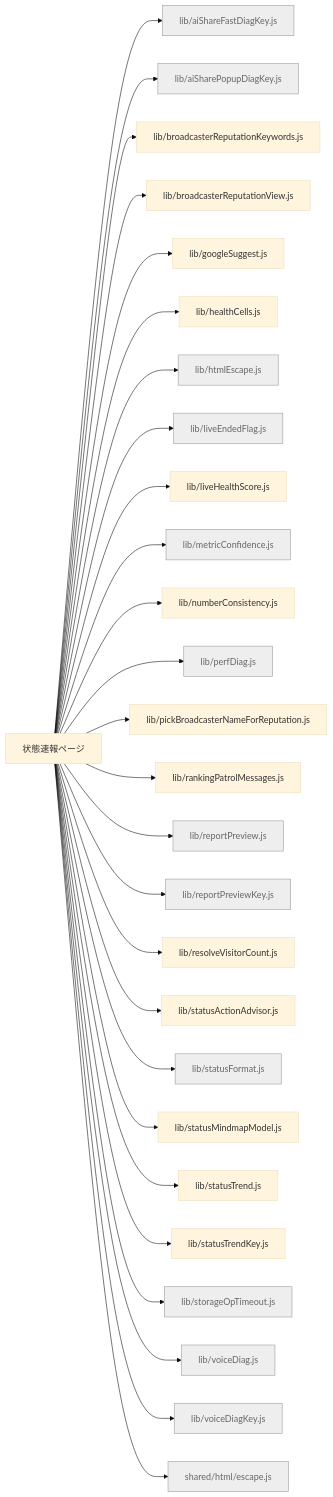
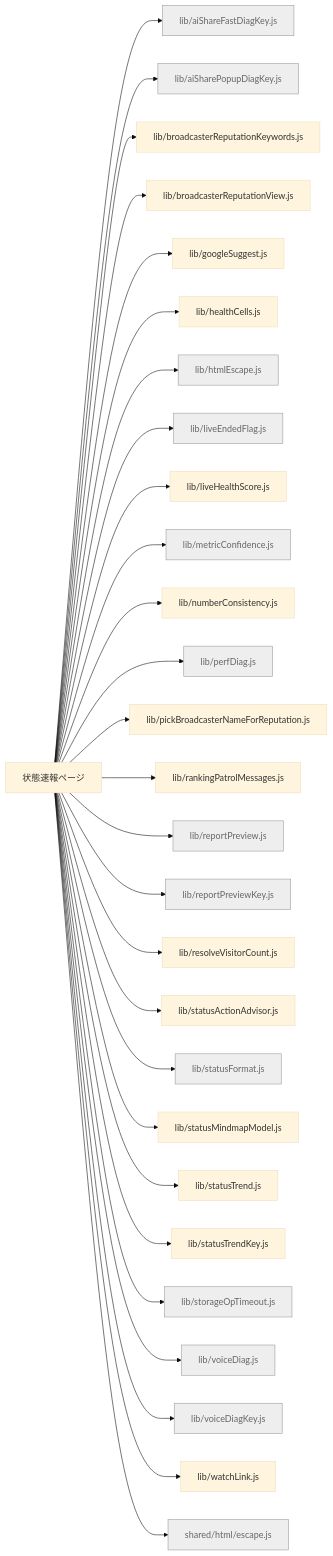
The diagram in docs/feature-map/status.md (kimito-link/tsuioku-no-kirameki.com), drawn with Mermaid (base theme) before and after one commit. The commit also changed 15 other files, not shown here.

````diff
--- a/docs/feature-map/status.md
+++ b/docs/feature-map/status.md
@@ -13,31 +13,32 @@
 ```mermaid
 graph LR
   n_status["状態速報ページ"]
   n_status --> n_src_lib_aiShareFastDiagKey_js["lib/aiShareFastDiagKey.js"]:::shared
   n_status --> n_src_lib_aiSharePopupDiagKey_js["lib/aiSharePopupDiagKey.js"]:::shared
   n_status --> n_src_lib_broadcasterReputationKeywords_js["lib/broadcasterReputationKeywords.js"]
   n_status --> n_src_lib_broadcasterReputationView_js["lib/broadcasterReputationView.js"]
   n_status --> n_src_lib_googleSuggest_js["lib/googleSuggest.js"]
   n_status --> n_src_lib_healthCells_js["lib/healthCells.js"]
   n_status --> n_src_lib_htmlEscape_js["lib/htmlEscape.js"]:::shared
   n_status --> n_src_lib_liveEndedFlag_js["lib/liveEndedFlag.js"]:::shared
   n_status --> n_src_lib_liveHealthScore_js["lib/liveHealthScore.js"]
   n_status --> n_src_lib_metricConfidence_js["lib/metricConfidence.js"]:::shared
   n_status --> n_src_lib_numberConsistency_js["lib/numberConsistency.js"]
   n_status --> n_src_lib_perfDiag_js["lib/perfDiag.js"]:::shared
   n_status --> n_src_lib_pickBroadcasterNameForReputation_js["lib/pickBroadcasterNameForReputation.js"]
   n_status --> n_src_lib_rankingPatrolMessages_js["lib/rankingPatrolMessages.js"]
   n_status --> n_src_lib_reportPreview_js["lib/reportPreview.js"]:::shared
   n_status --> n_src_lib_reportPreviewKey_js["lib/reportPreviewKey.js"]:::shared
   n_status --> n_src_lib_resolveVisitorCount_js["lib/resolveVisitorCount.js"]
   n_status --> n_src_lib_statusActionAdvisor_js["lib/statusActionAdvisor.js"]
   n_status --> n_src_lib_statusFormat_js["lib/statusFormat.js"]:::shared
   n_status --> n_src_lib_statusMindmapModel_js["lib/statusMindmapModel.js"]
   n_status --> n_src_lib_statusTrend_js["lib/statusTrend.js"]
   n_status --> n_src_lib_statusTrendKey_js["lib/statusTrendKey.js"]
   n_status --> n_src_lib_storageOpTimeout_js["lib/storageOpTimeout.js"]:::shared
   n_status --> n_src_lib_voiceDiag_js["lib/voiceDiag.js"]:::shared
   n_status --> n_src_lib_voiceDiagKey_js["lib/voiceDiagKey.js"]:::shared
+  n_status --> n_src_lib_watchLink_js["lib/watchLink.js"]
   n_status --> n_src_shared_html_escape_js["shared/html/escape.js"]:::shared
   classDef shared fill:#eee,stroke:#999,color:#666;
 ```
````
